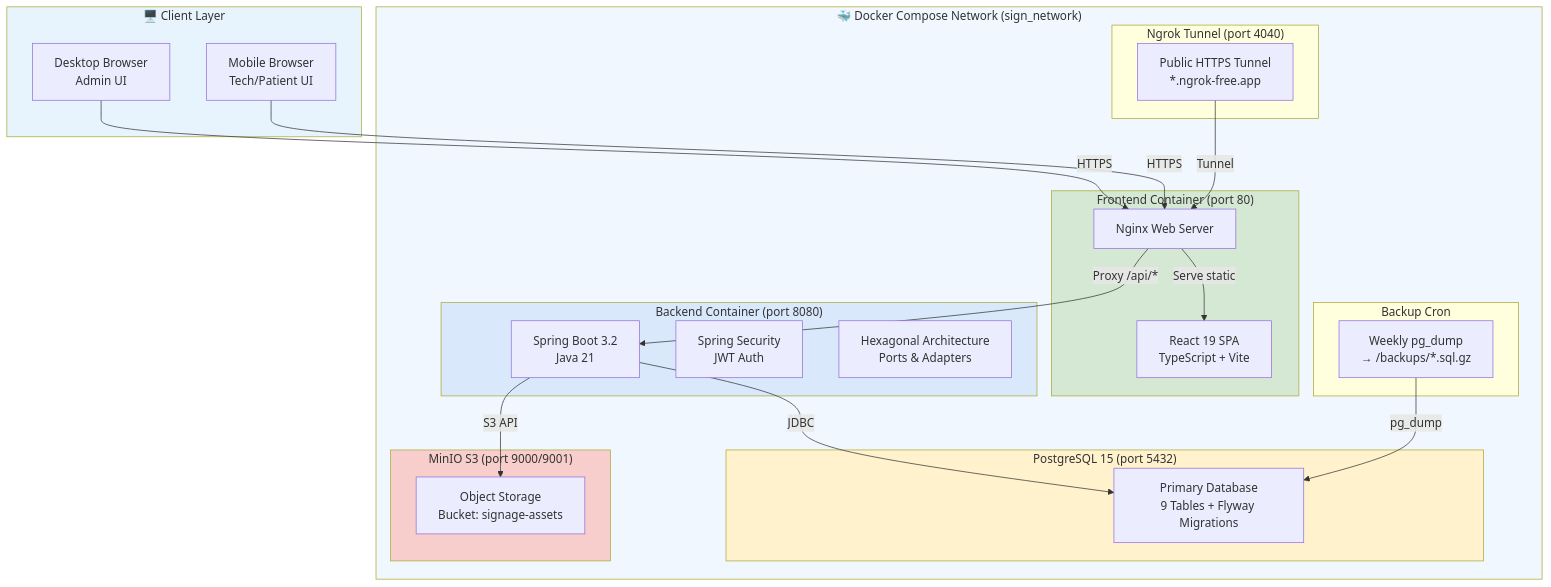
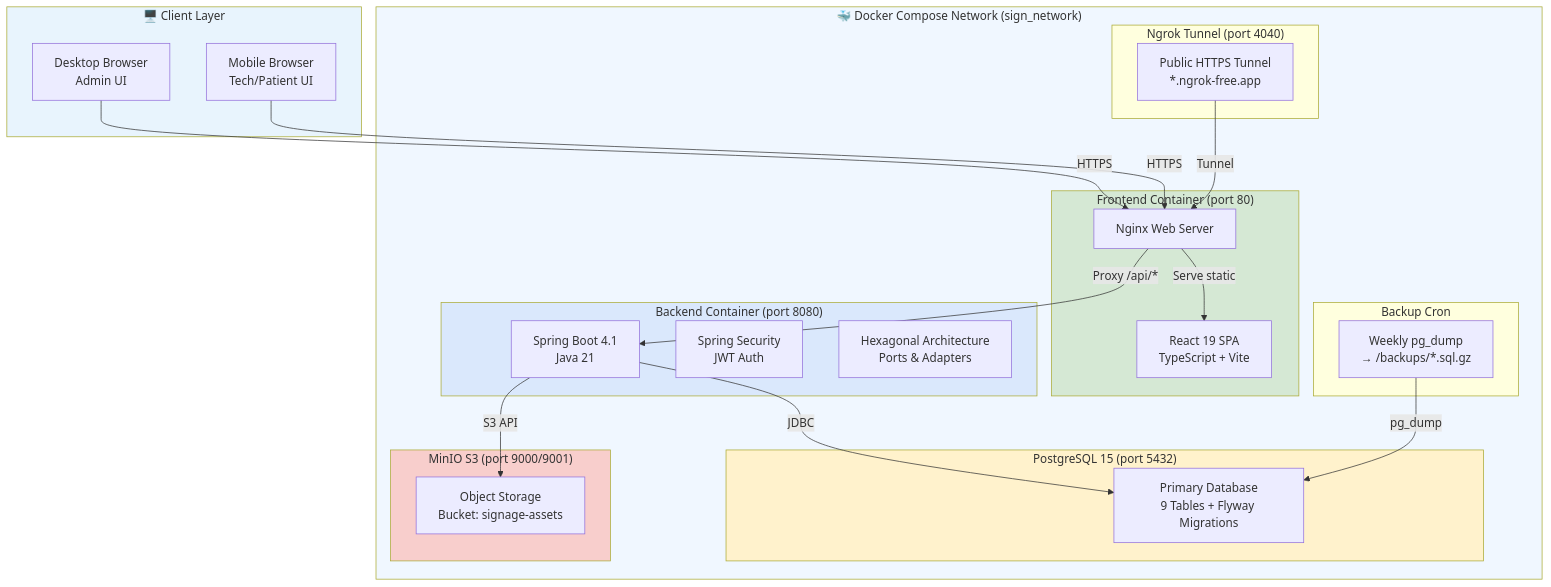
One commit to Minhkt27/sign_management changed the first of 7 diagrams in docs/06_SAD.md. Above: the diagram before and after it, drawn with Mermaid. The commit also changed 20 other files, not shown here.

First line of the commit message:
build(backend): nâng Spring Boot 3.2.3 lên 4.1.3 (dòng 3.x đã hết bản vá miễn phí)

````diff
--- a/docs/06_SAD.md
+++ b/docs/06_SAD.md
@@ -11,52 +11,52 @@
 ```mermaid
 graph TB
     subgraph Client["🖥️ Client Layer"]
         Browser["Desktop Browser\nAdmin UI"]
         Mobile["Mobile Browser\nTech/Patient UI"]
     end
 
     subgraph Docker["🐳 Docker Compose Network (sign_network)"]
         subgraph FE_Container["Frontend Container (port 80)"]
             Nginx["Nginx Web Server"]
             React["React 19 SPA\nTypeScript + Vite"]
         end
         
         subgraph BE_Container["Backend Container (port 8080)"]
-            SpringBoot["Spring Boot 3.2\nJava 21"]
+            SpringBoot["Spring Boot 4.1\nJava 21"]
             Security["Spring Security\nJWT Auth"]
             Hexagonal["Hexagonal Architecture\nPorts & Adapters"]
         end
         
         subgraph DB_Container["PostgreSQL 15 (port 5432)"]
             PG["Primary Database\n9 Tables + Flyway Migrations"]
         end
         
         subgraph MinIO_Container["MinIO S3 (port 9000/9001)"]
             Minio["Object Storage\nBucket: signage-assets"]
         end
         
         subgraph Ngrok_Container["Ngrok Tunnel (port 4040)"]
             NgrokSvc["Public HTTPS Tunnel\n*.ngrok-free.app"]
         end
         
         subgraph Backup_Container["Backup Cron"]
             BackupJob["Weekly pg_dump\n→ /backups/*.sql.gz"]
         end
     end
 
     Browser -->|HTTPS| Nginx
     Mobile -->|HTTPS| Nginx
     Nginx -->|Proxy /api/*| SpringBoot
     Nginx -->|Serve static| React
     SpringBoot -->|JDBC| PG
     SpringBoot -->|S3 API| Minio
     NgrokSvc -->|Tunnel| Nginx
     BackupJob -->|pg_dump| PG
 
     style Client fill:#E8F4FD
     style Docker fill:#F0F7FF
     style FE_Container fill:#D5E8D4
     style BE_Container fill:#DAE8FC
     style DB_Container fill:#FFF2CC
     style MinIO_Container fill:#F8CECC
 ```
````
